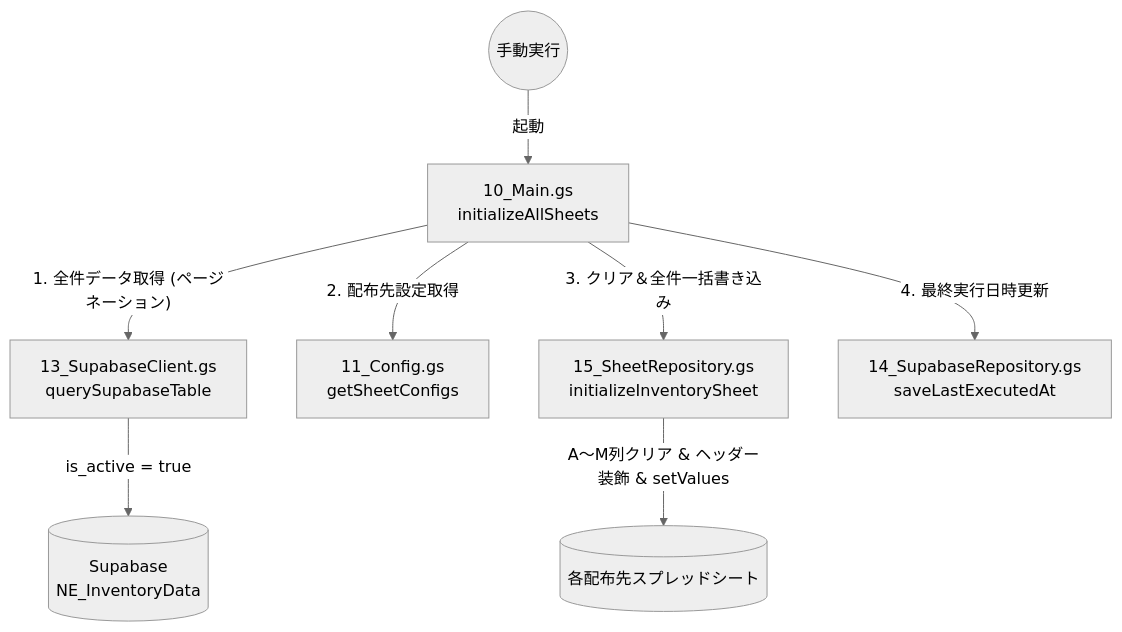
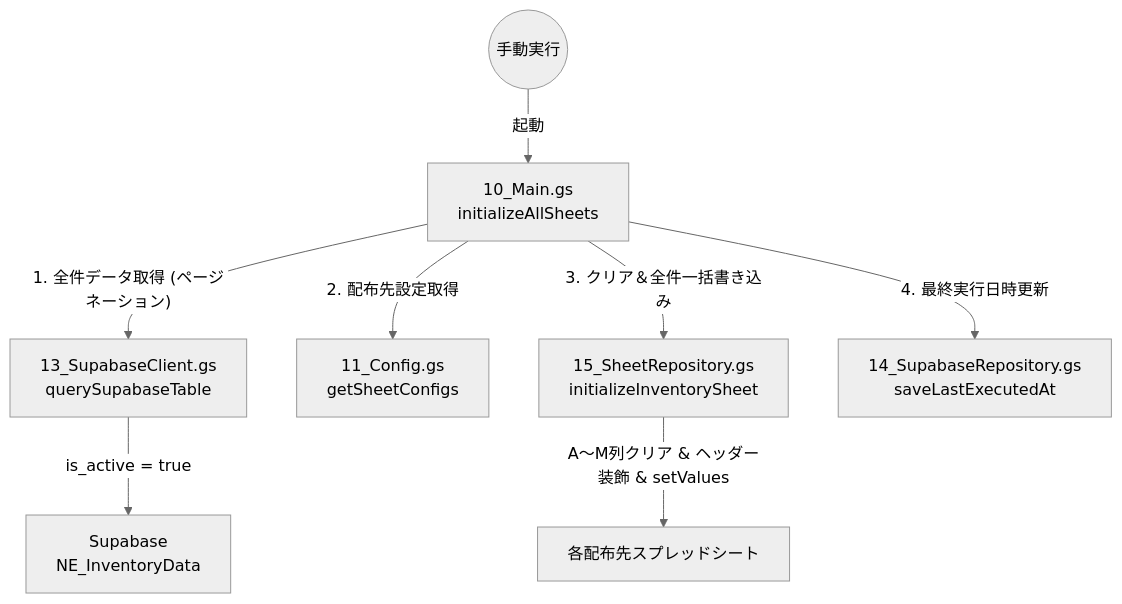
The third of 3 diagrams in DistributeInventory/README.md (Hide-JZX100/Supabase), drawn with Mermaid (neutral theme) before and after one commit. The commit also changed other lines of this file, not shown here.

Commit message:
docs: fix Mermaid syntax error in DistributeInventory README

````diff
--- a/DistributeInventory/README.md
+++ b/DistributeInventory/README.md
@@ -64,16 +64,16 @@
 ```mermaid
 graph TD
     User((手動実行)) -->|起動| Main[10_Main.gs<br>initializeAllSheets]
     
     %% 全件取得
     Main -->|"1. 全件データ取得 (ページネーション)"| Client[13_SupabaseClient.gs<br>querySupabaseTable]
-    Client -->|"is_active = true"| Supabase[(Supabase<br>NE_InventoryData)]
+    Client -->|"is_active = true"| Supabase["Supabase<br>NE_InventoryData"]
     
     %% 初期化ループ
     Main -->|"2. 配布先設定取得"| Config[11_Config.gs<br>getSheetConfigs]
     Main -->|"3. クリア＆全件一括書き込み"| SheetRepo[15_SheetRepository.gs<br>initializeInventorySheet]
-    SheetRepo -->|"A〜M列クリア & ヘッダー装飾 & setValues"| Sheets[(各配布先スプレッドシート)]
+    SheetRepo -->|"A〜M列クリア & ヘッダー装飾 & setValues"| Sheets["各配布先スプレッドシート"]
     
     %% 後処理
     Main -->|"4. 最終実行日時更新"| Repo[14_SupabaseRepository.gs<br>saveLastExecutedAt]
 ```
````
